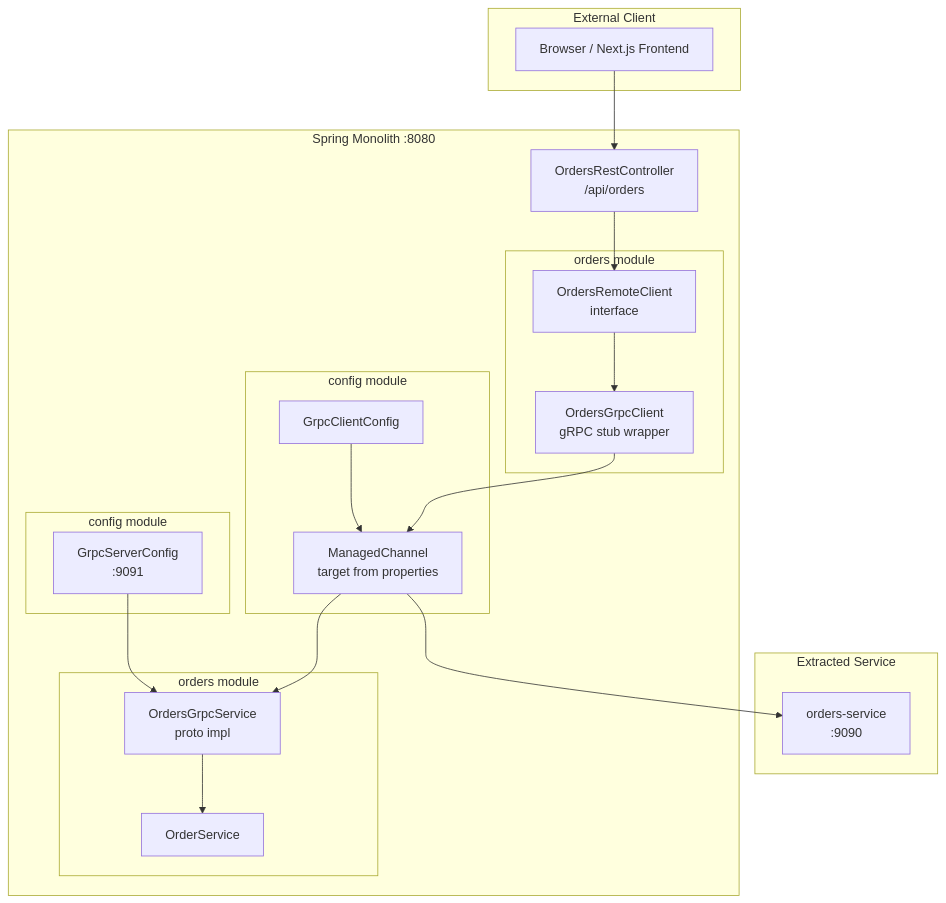
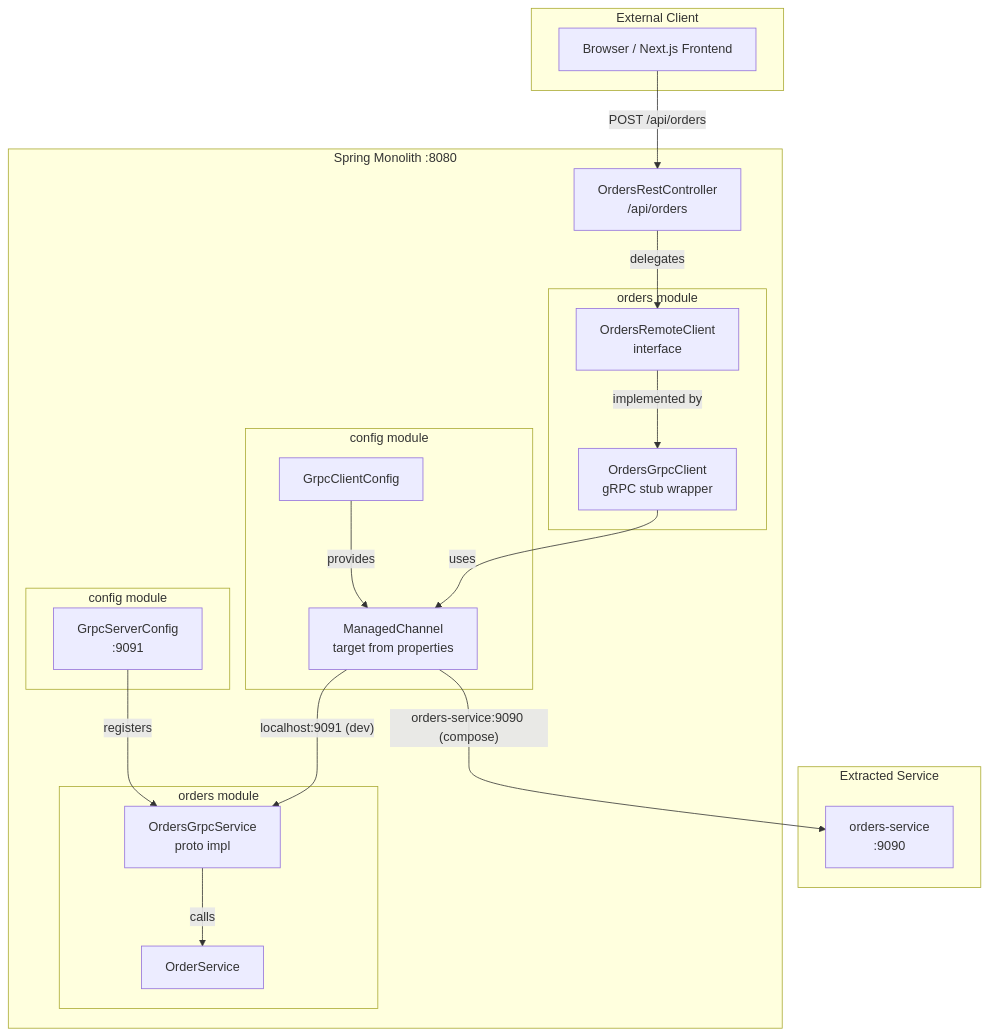
Before and after one commit to philipz/spring-modular-monolith: the second of 3 diagrams in docs/deepwiki/Inter-Module-Communication.md, drawn with Mermaid. The commit also changed other lines of this file and 55 other files, not shown here.

````diff
--- a/docs/deepwiki/Inter-Module-Communication.md
+++ b/docs/deepwiki/Inter-Module-Communication.md
@@ -112,55 +112,55 @@
 ```mermaid
 flowchart TD
 
 Browser["Browser / Next.js Frontend"]
 OrdersRestController["OrdersRestController<br>/api/orders"]
 OrdersRemoteClient["OrdersRemoteClient<br>interface"]
 OrdersGrpcClient["OrdersGrpcClient<br>gRPC stub wrapper"]
 GrpcClientConfig["GrpcClientConfig"]
 ManagedChannel["ManagedChannel<br>target from properties"]
 OrdersGrpcService["OrdersGrpcService<br>proto impl"]
 OrderService_local["OrderService"]
 GrpcServerConfig["GrpcServerConfig<br>:9091"]
 OrdersService_ext["orders-service<br>:9090"]
 
-Browser --> OrdersRestController
-ManagedChannel --> OrdersService_ext
+Browser -->|"POST /api/orders"| OrdersRestController
+ManagedChannel -->|"orders-service:9090 (compose)"| OrdersService_ext
 
 subgraph subGraph6 ["Extracted Service"]
     OrdersService_ext
 end
 
 subgraph subGraph5 ["Spring Monolith :8080"]
     OrdersRestController
-    OrdersRestController --> OrdersRemoteClient
-    OrdersGrpcClient --> ManagedChannel
-    ManagedChannel --> OrdersGrpcService
-    GrpcServerConfig --> OrdersGrpcService
+    OrdersRestController -->|"delegates"| OrdersRemoteClient
+    OrdersGrpcClient -->|"uses"| ManagedChannel
+    ManagedChannel -->|"localhost:9091 (dev)"| OrdersGrpcService
+    GrpcServerConfig -->|"registers"| OrdersGrpcService
 
 subgraph subGraph4 ["config module"]
     GrpcServerConfig
 end
 
 subgraph subGraph3 ["orders module"]
     OrdersGrpcService
     OrderService_local
-    OrdersGrpcService --> OrderService_local
+    OrdersGrpcService -->|"calls"| OrderService_local
 end
 
 subgraph subGraph2 ["config module"]
     GrpcClientConfig
     ManagedChannel
-    GrpcClientConfig --> ManagedChannel
+    GrpcClientConfig -->|"provides"| ManagedChannel
 end
 
 subgraph subGraph1 ["orders module"]
     OrdersRemoteClient
     OrdersGrpcClient
-    OrdersRemoteClient --> OrdersGrpcClient
+    OrdersRemoteClient -->|"implemented by"| OrdersGrpcClient
 end
 end
 
 subgraph subGraph0 ["External Client"]
     Browser
 end
 ```
````
